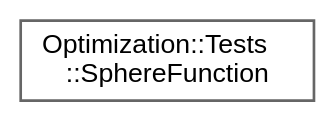
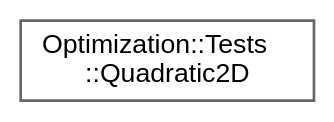
The diagram in inherit_graph_38.dot (jswoo0615/Algorithms_for_Optimization_cpp), drawn with Graphviz before and after one commit. The commit also changed 37 other files, not shown here.

```diff
--- a/inherit_graph_38.dot
+++ b/inherit_graph_38.dot
@@ -1,9 +1,9 @@
 digraph "Graphical Class Hierarchy"
 {
  // LATEX_PDF_SIZE
   bgcolor="transparent";
   edge [fontname=Helvetica,fontsize=10,labelfontname=Helvetica,labelfontsize=10];
   node [fontname=Helvetica,fontsize=10,shape=box,height=0.2,width=0.4];
   rankdir="LR";
-  Node0 [id="Node000000",label="Optimization::Tests\l::SphereFunction",height=0.2,width=0.4,color="grey40", fillcolor="white", style="filled",URL="$structOptimization_1_1Tests_1_1SphereFunction.html",tooltip=" "];
+  Node0 [id="Node000000",label="Optimization::Tests\l::Quadratic2D",height=0.2,width=0.4,color="grey40", fillcolor="white", style="filled",URL="$structOptimization_1_1Tests_1_1Quadratic2D.html",tooltip=" "];
 }
```
